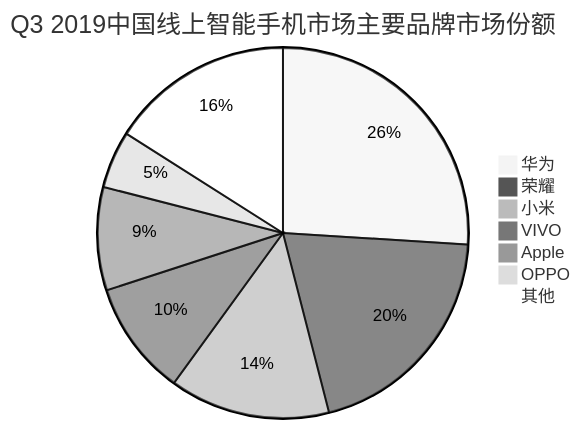
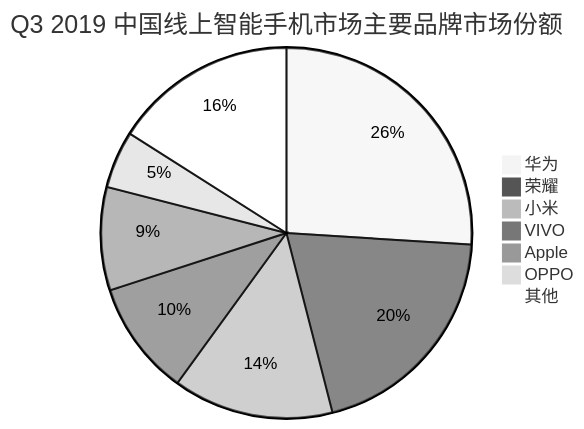
The first of 10 diagrams in 3-demo/脚本化图表 for Markdown.md (MadMaxChow/VLOOK), drawn with Mermaid (neutral theme) before and after one commit. The commit also changed other lines of this file and 20 other files, not shown here.

````diff
--- a/3-demo/脚本化图表 for Markdown.md
+++ b/3-demo/脚本化图表 for Markdown.md
@@ -31,10 +33,10 @@
 ```mermaid
-pie title Q3 2019中国线上智能手机市场主要品牌市场份额
+pie title Q3 2019 中国线上智能手机市场主要品牌市场份额
 "华为" : 26
 "荣耀" : 20
 "小米" : 14
 "VIVO" : 10
 "Apple" : 9
 "OPPO" : 5
 "其他" : 16
 ```
````
